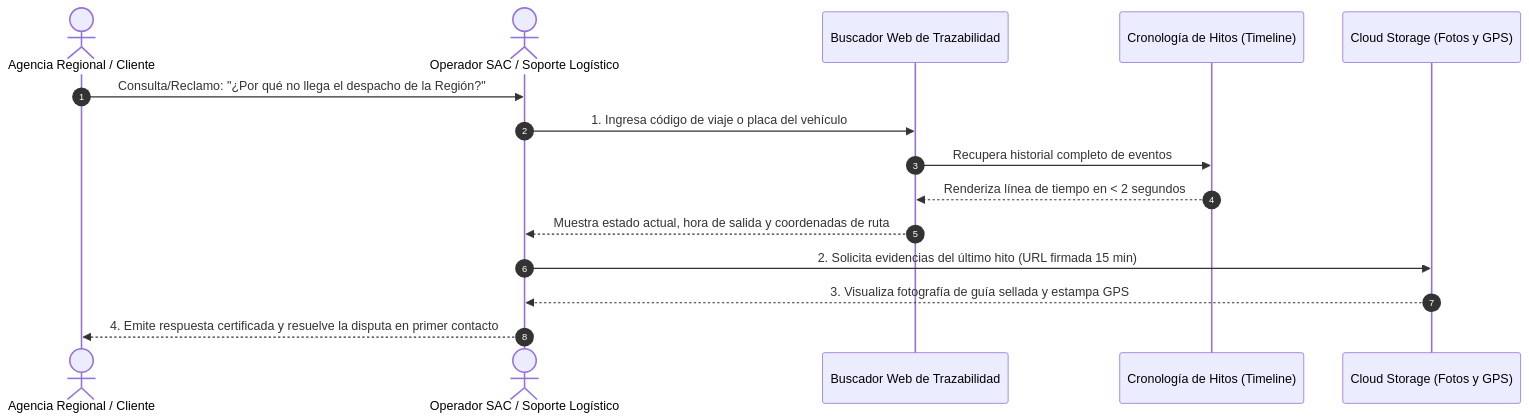
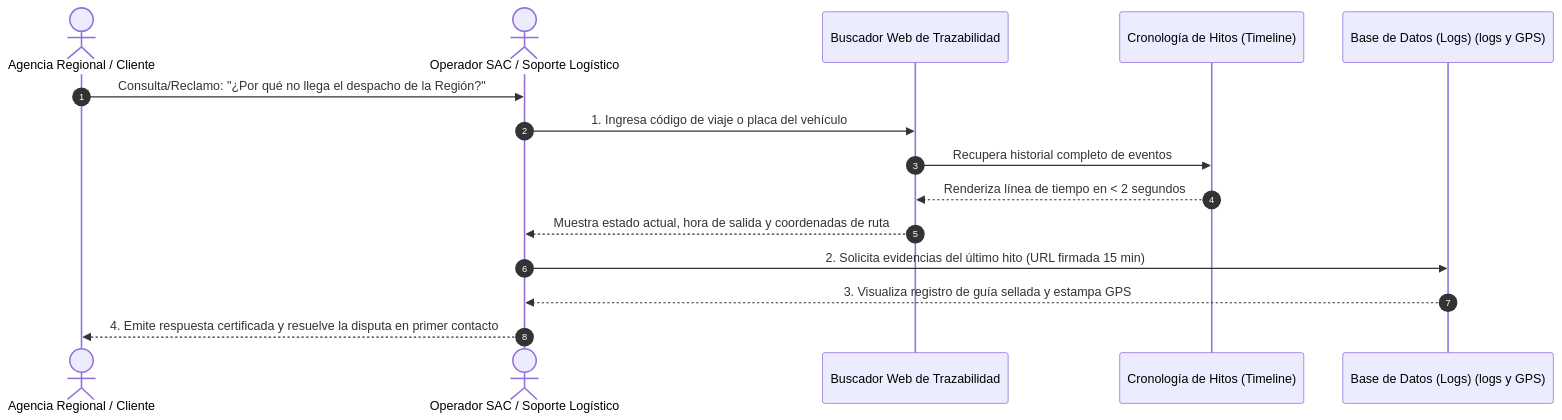
One commit to SaraviaH/arq-emp changed the second of 2 diagrams in respuesta/INFORME_JUSTIFICACION_ACTORES_CUN_Y_GUIA_SUSTENTACION.md. Above: the diagram before and after it, drawn with Mermaid. The commit also changed other lines of this file and 49 other files, not shown here.

````diff
--- a/respuesta/INFORME_JUSTIFICACION_ACTORES_CUN_Y_GUIA_SUSTENTACION.md
+++ b/respuesta/INFORME_JUSTIFICACION_ACTORES_CUN_Y_GUIA_SUSTENTACION.md
@@ -120,18 +120,18 @@
 ```mermaid
 sequenceDiagram
     autonumber
     actor AG as Agencia Regional / Cliente
     actor SAC as Operador SAC / Soporte Logístico
     participant WEB as Buscador Web de Trazabilidad
     participant HIST as Cronología de Hitos (Timeline)
-    participant CLOUD as Cloud Storage (Fotos y GPS)
+    participant CLOUD as Base de Datos (Logs) (logs y GPS)
 
     AG->>SAC: Consulta/Reclamo: "¿Por qué no llega el despacho de la Región?"
     SAC->>WEB: 1. Ingresa código de viaje o placa del vehículo
     WEB->>HIST: Recupera historial completo de eventos
     HIST-->>WEB: Renderiza línea de tiempo en < 2 segundos
     WEB-->>SAC: Muestra estado actual, hora de salida y coordenadas de ruta
     SAC->>CLOUD: 2. Solicita evidencias del último hito (URL firmada 15 min)
-    CLOUD-->>SAC: 3. Visualiza fotografía de guía sellada y estampa GPS
+    CLOUD-->>SAC: 3. Visualiza registro de guía sellada y estampa GPS
     SAC-->>AG: 4. Emite respuesta certificada y resuelve la disputa en primer contacto
 ```
````
